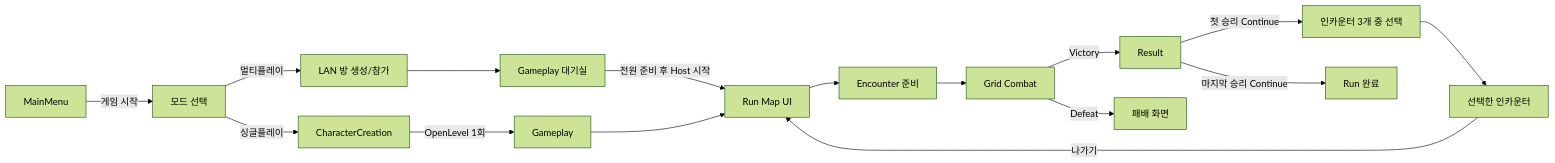
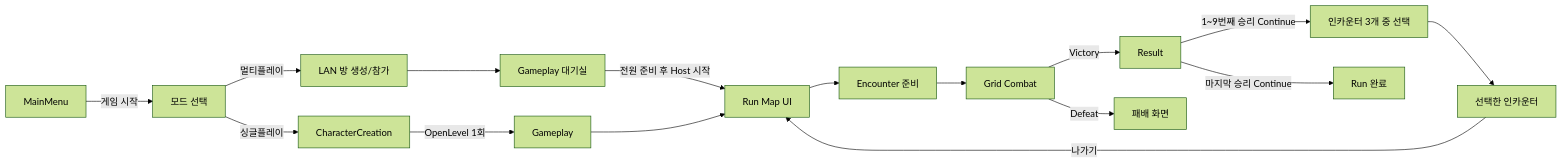
One commit to jaba001/ProjectA changed the diagram in Docs/PROJECT_PLAN.md. Above: the diagram before and after it, drawn with Mermaid (forest theme). The commit also changed other lines of this file and 16 other files, not shown here.

````diff
--- a/Docs/PROJECT_PLAN.md
+++ b/Docs/PROJECT_PLAN.md
@@ -33,18 +33,18 @@
 ```mermaid
 flowchart LR
     A[MainMenu] -->|게임 시작| M[모드 선택]
     M -->|싱글플레이| B[CharacterCreation]
     M -->|멀티플레이| L[LAN 방 생성/참가]
     B -->|OpenLevel 1회| C[Gameplay]
     L --> R[Gameplay 대기실]
     R -->|전원 준비 후 Host 시작| D[Run Map UI]
     C --> D[Run Map UI]
     D --> E[Encounter 준비]
     E --> F[Grid Combat]
     F -->|Victory| G[Result]
-    G -->|첫 승리 Continue| I[인카운터 3개 중 선택]
+    G -->|1~9번째 승리 Continue| I[인카운터 3개 중 선택]
     I --> J[선택한 인카운터]
     J -->|나가기| D
     G -->|마지막 승리 Continue| K[Run 완료]
     F -->|Defeat| H[패배 화면]
 ```
````
